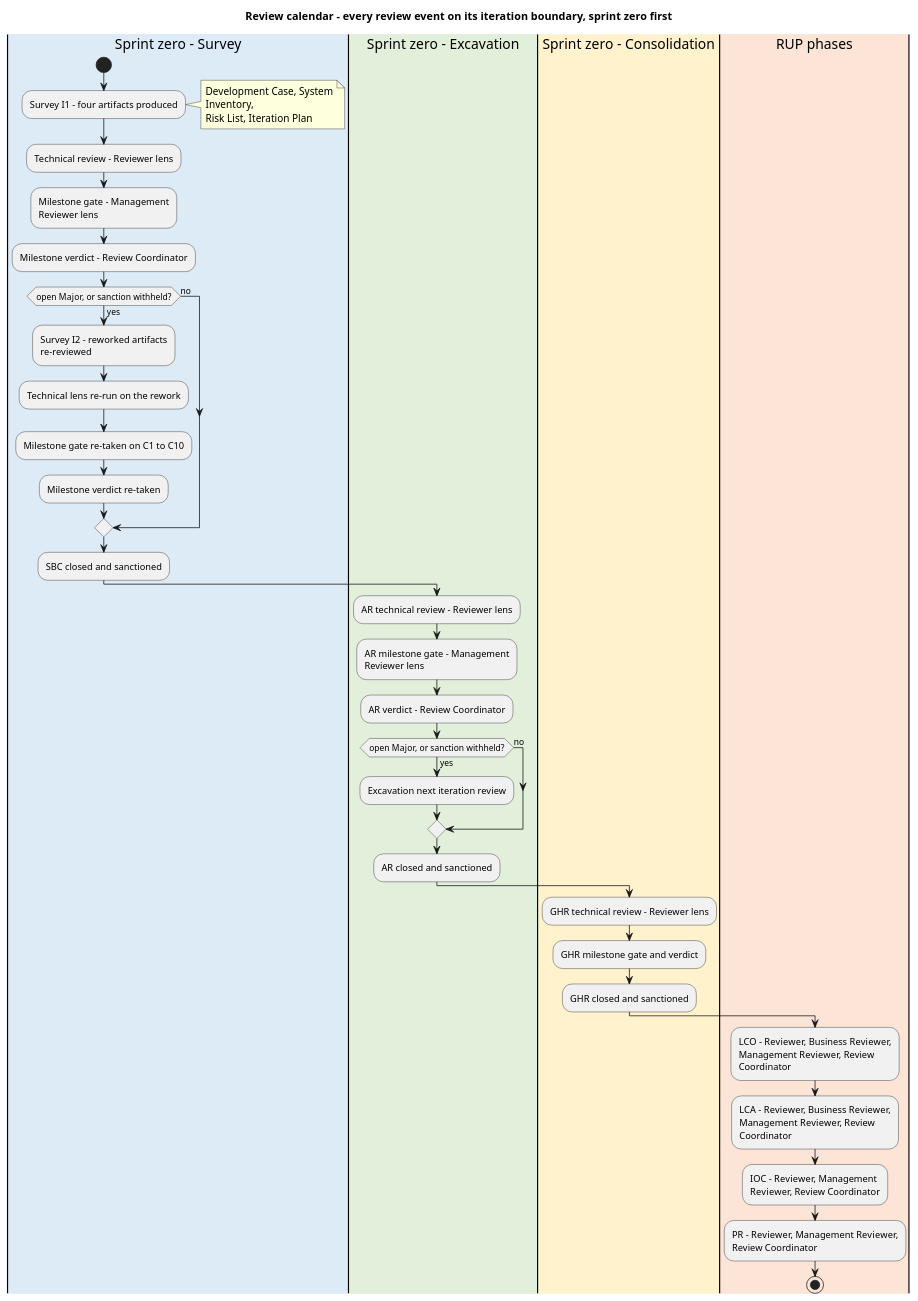
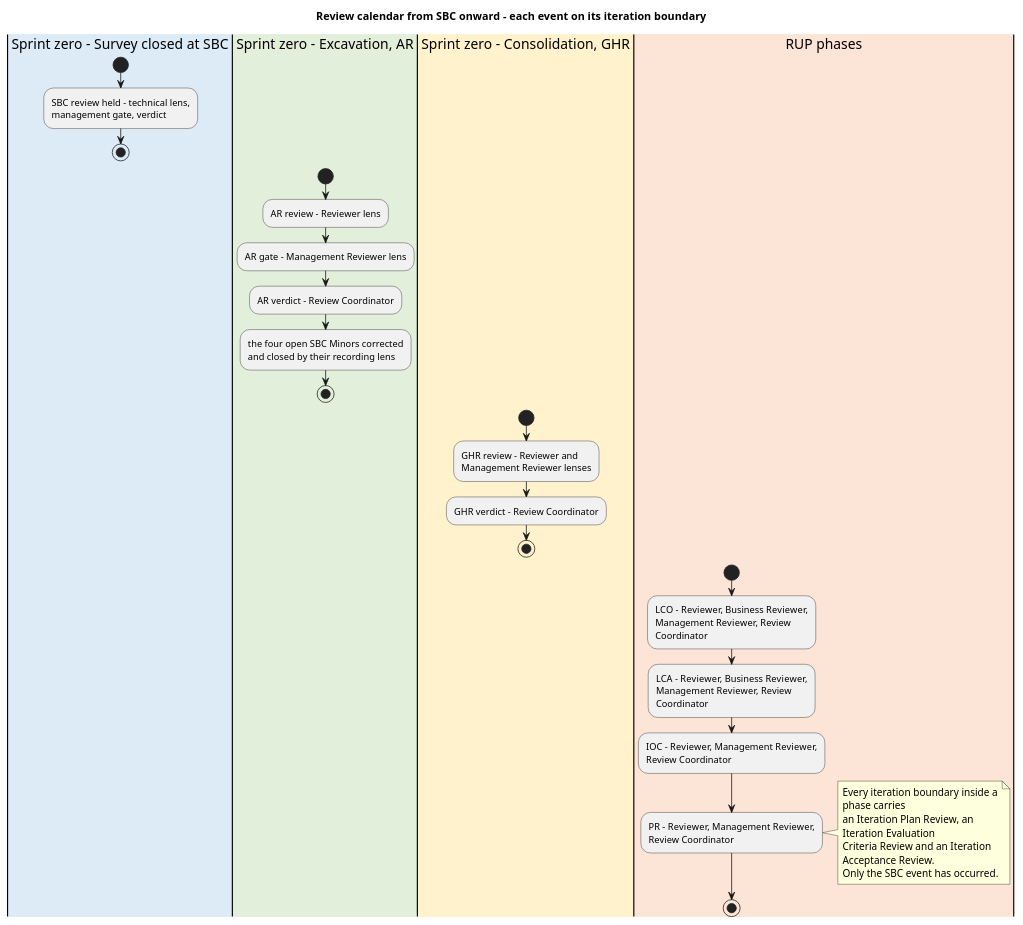
The sixth of 15 diagrams in docs/artifacts/project-management/review-record.md (banense-test/TodoApp), drawn with PlantUML before and after one commit. The commit also changed other lines of this file, not shown here.

First line of the commit message:
Review Coordinator [Survey2]: upsert Review Record

````diff
--- a/docs/artifacts/project-management/review-record.md
+++ b/docs/artifacts/project-management/review-record.md
@@ -318,49 +402,40 @@
 ```plantuml
 @startuml
-title Review calendar - every review event on its iteration boundary, sprint zero first
+title Review calendar from SBC onward - each event on its iteration boundary
+skinparam shadowing false
+skinparam wrapWidth 225
 
-skinparam shadowing false
-skinparam wrapWidth 220
+|#DDEBF7|Sprint zero - Survey closed at SBC|
+start
+:SBC review held - technical lens, management gate, verdict;
+stop
 
-|#DDEBF7|Sprint zero - Survey|
+|#E2EFDA|Sprint zero - Excavation, AR|
 start
-:Survey I1 - four artifacts produced;
-note right
-  Development Case, System Inventory,
-  Risk List, Iteration Plan
-end note
-:Technical review - Reviewer lens;
-:Milestone gate - Management Reviewer lens;
-:Milestone verdict - Review Coordinator;
-if (open Major, or sanction withheld?) then (yes)
-  :Survey I2 - reworked artifacts re-reviewed;
-  :Technical lens re-run on the rework;
-  :Milestone gate re-taken on C1 to C10;
-  :Milestone verdict re-taken;
-else (no)
-endif
-:SBC closed and sanctioned;
+:AR review - Reviewer lens;
+:AR gate - Management Reviewer lens;
+:AR verdict - Review Coordinator;
+:the four open SBC Minors corrected and closed by their recording lens;
+stop
 
-|#E2EFDA|Sprint zero - Excavation|
-:AR technical review - Reviewer lens;
-:AR milestone gate - Management Reviewer lens;
-:AR verdict - Review Coordinator;
-if (open Major, or sanction withheld?) then (yes)
-  :Excavation next iteration review;
-else (no)
-endif
-:AR closed and sanctioned;
-
-|#FFF2CC|Sprint zero - Consolidation|
-:GHR technical review - Reviewer lens;
-:GHR milestone gate and verdict;
-:GHR closed and sanctioned;
+|#FFF2CC|Sprint zero - Consolidation, GHR|
+start
+:GHR review - Reviewer and Management Reviewer lenses;
+:GHR verdict - Review Coordinator;
+stop
 
 |#FCE4D6|RUP phases|
+start
 :LCO - Reviewer, Business Reviewer, Management Reviewer, Review Coordinator;
 :LCA - Reviewer, Business Reviewer, Management Reviewer, Review Coordinator;
 :IOC - Reviewer, Management Reviewer, Review Coordinator;
 :PR - Reviewer, Management Reviewer, Review Coordinator;
+note right
+  Every iteration boundary inside a phase carries
+  an Iteration Plan Review, an Iteration Evaluation
+  Criteria Review and an Iteration Acceptance Review.
+  Only the SBC event has occurred.
+end note
 stop
 @enduml
 ```
````
